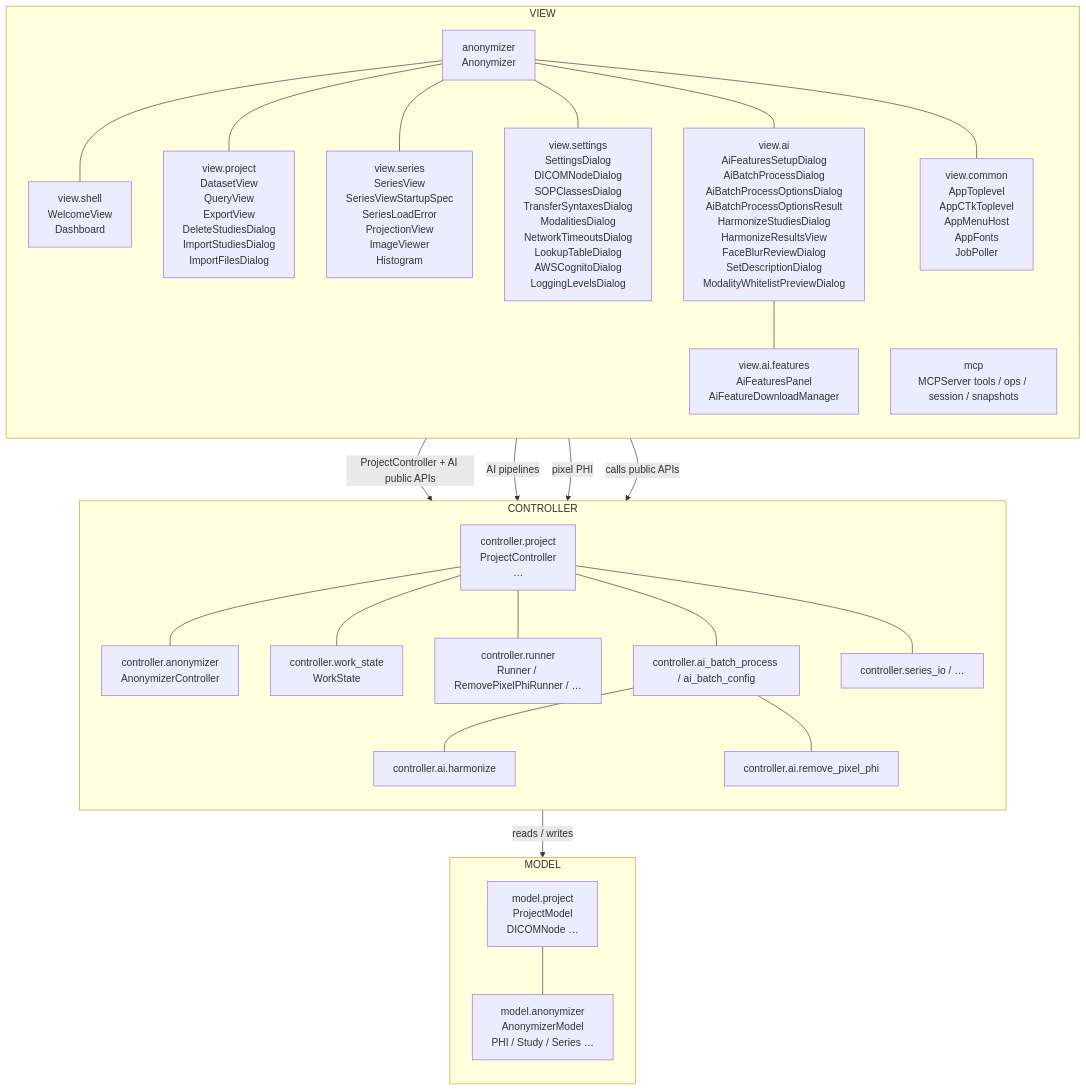
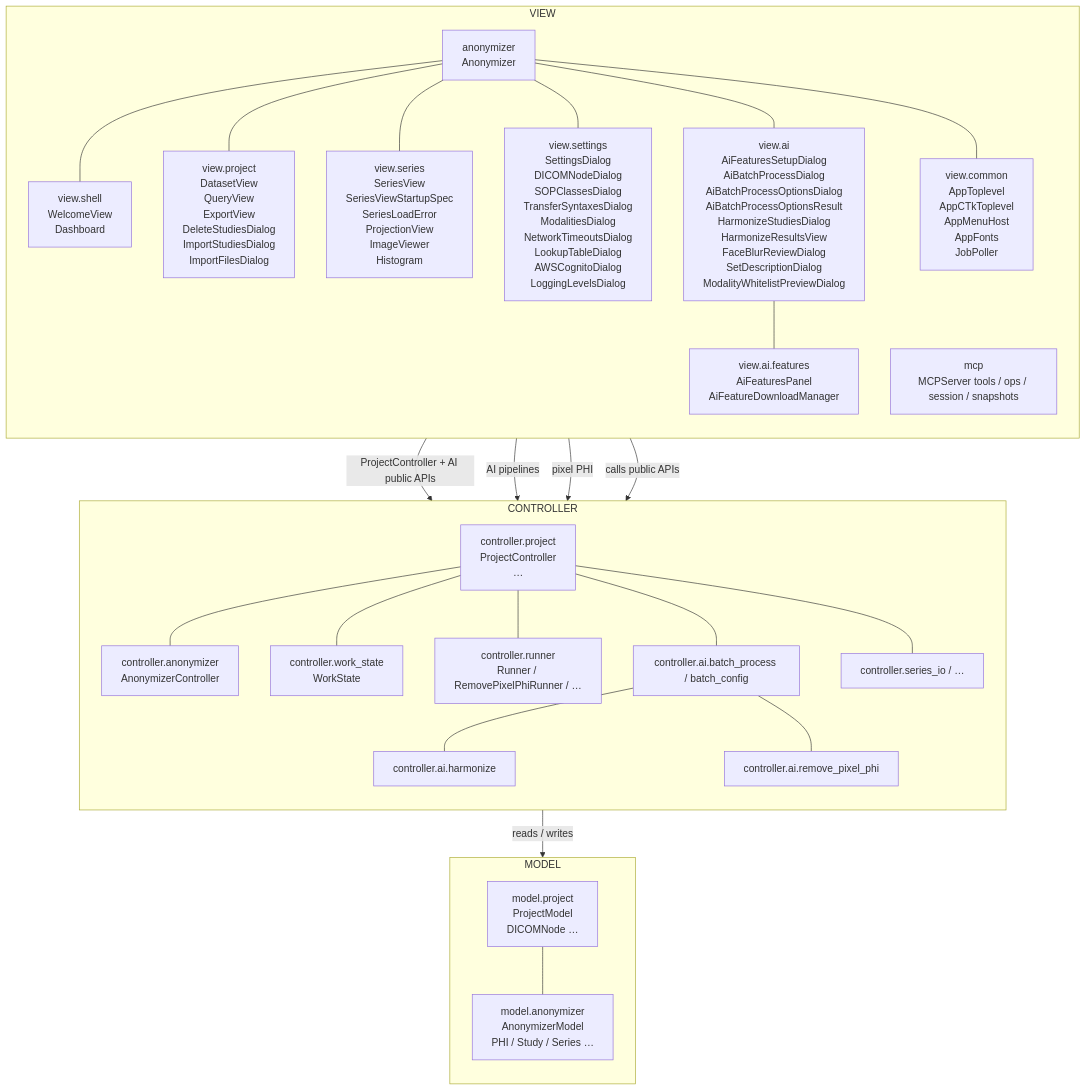
Before and after one commit to RSNA/anonymizer: the diagram in class_diagram.md, drawn with Mermaid. The commit also changed 182 other files, not shown here.

````diff
--- a/class_diagram.md
+++ b/class_diagram.md
@@ -5,54 +5,54 @@
 ```mermaid
 flowchart TB
     subgraph VIEW["VIEW"]
         direction TB
         V_APP["anonymizer<br/>Anonymizer"]
         V_SHELL["view.shell<br/>WelcomeView<br/>Dashboard"]
         V_PROJECT["view.project<br/>DatasetView<br/>QueryView<br/>ExportView<br/>DeleteStudiesDialog<br/>ImportStudiesDialog<br/>ImportFilesDialog"]
         V_SERIES["view.series<br/>SeriesView<br/>SeriesViewStartupSpec<br/>SeriesLoadError<br/>ProjectionView<br/>ImageViewer<br/>Histogram"]
         V_SETTINGS["view.settings<br/>SettingsDialog<br/>DICOMNodeDialog<br/>SOPClassesDialog<br/>TransferSyntaxesDialog<br/>ModalitiesDialog<br/>NetworkTimeoutsDialog<br/>LookupTableDialog<br/>AWSCognitoDialog<br/>LoggingLevelsDialog"]
         V_AI["view.ai<br/>AiFeaturesSetupDialog<br/>AiBatchProcessDialog<br/>AiBatchProcessOptionsDialog<br/>AiBatchProcessOptionsResult<br/>HarmonizeStudiesDialog<br/>HarmonizeResultsView<br/>FaceBlurReviewDialog<br/>SetDescriptionDialog<br/>ModalityWhitelistPreviewDialog"]
         V_AI_FEAT["view.ai.features<br/>AiFeaturesPanel<br/>AiFeatureDownloadManager"]
         V_COMMON["view.common<br/>AppToplevel<br/>AppCTkToplevel<br/>AppMenuHost<br/>AppFonts<br/>JobPoller"]
         V_MCP["mcp<br/>MCPServer tools / ops / session / snapshots"]
         V_APP --- V_SHELL
         V_APP --- V_PROJECT
         V_APP --- V_SERIES
         V_APP --- V_SETTINGS
         V_APP --- V_AI
         V_AI --- V_AI_FEAT
         V_APP --- V_COMMON
     end
 
     subgraph CONTROLLER["CONTROLLER"]
         direction TB
         C_PROJECT["controller.project<br/>ProjectController<br/>…"]
         C_ANON["controller.anonymizer<br/>AnonymizerController"]
         C_WORK["controller.work_state<br/>WorkState"]
         C_RUN["controller.runner<br/>Runner / RemovePixelPhiRunner / …"]
-        C_BATCH["controller.ai_batch_process / ai_batch_config"]
+        C_BATCH["controller.ai.batch_process / batch_config"]
         C_IO["controller.series_io / …"]
         C_HARM["controller.ai.harmonize"]
         C_OCR["controller.ai.remove_pixel_phi"]
         C_PROJECT --- C_ANON
         C_PROJECT --- C_WORK
         C_PROJECT --- C_RUN
         C_PROJECT --- C_BATCH
         C_PROJECT --- C_IO
         C_BATCH --- C_HARM
         C_BATCH --- C_OCR
     end
 
     subgraph MODEL["MODEL"]
         direction TB
         M_PROJECT["model.project<br/>ProjectModel<br/>DICOMNode …"]
         M_ANON["model.anonymizer<br/>AnonymizerModel<br/>PHI / Study / Series …"]
         M_PROJECT --- M_ANON
     end
 
     VIEW -->|"calls public APIs"| CONTROLLER
     V_MCP -->|"ProjectController + AI public APIs"| C_PROJECT
     V_MCP -->|"AI pipelines"| C_BATCH
     V_MCP -->|"pixel PHI"| C_OCR
     CONTROLLER -->|"reads / writes"| MODEL
 ```
````
